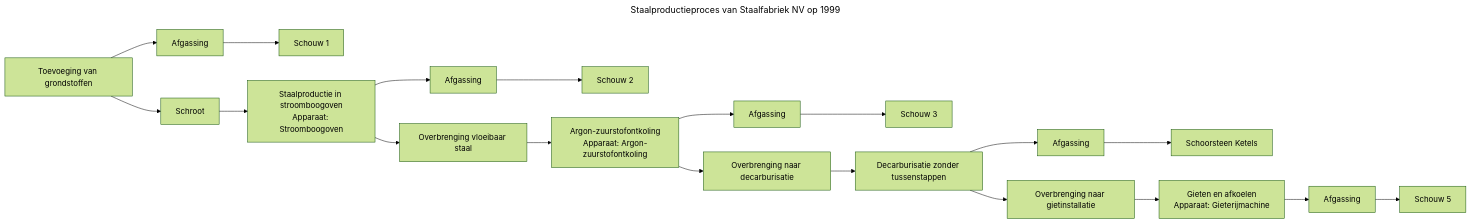
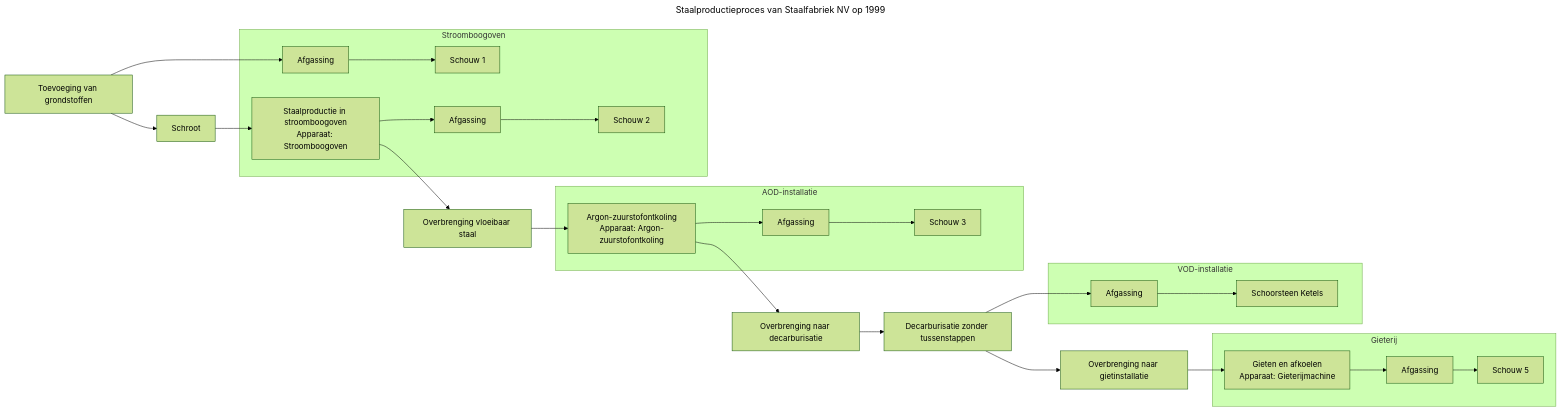
One commit to milieuinfo/RIE-IEPR changed the diagram in documentatie/bin/activiteit-visualisatie/diagrams/0400123123_6851234567_ACTIVITEIT_1_VERSIE1999_proces_0400123123_6851234567_ACTIVITEIT_1_VERSIE1999.mmd. Above: the diagram before and after it, drawn with Mermaid (forest theme). The commit also changed 33 other files, not shown here.

```diff
--- a/documentatie/bin/activiteit-visualisatie/diagrams/0400123123_6851234567_ACTIVITEIT_1_VERSIE1999_proces_0400123123_6851234567_ACTIVITEIT_1_VERSIE1999.mmd
+++ b/documentatie/bin/activiteit-visualisatie/diagrams/0400123123_6851234567_ACTIVITEIT_1_VERSIE1999_proces_0400123123_6851234567_ACTIVITEIT_1_VERSIE1999.mmd
@@ -1,44 +1,52 @@
 ---
 title: "Staalproductieproces van Staalfabriek NV op 1999"
 ---
 flowchart LR
-proces_0400123123_6851234567_ACTIVITEIT_1_0001["Toevoeging van grondstoffen"]
+subgraph installatie_0400123123_6851234567_0000001["Stroomboogoven"]
 emissiepunt_0400123123_6851234567_0000001["Schouw 1"]
 proces_0400123123_6851234567_ACTIVITEIT_1_0002["Afgassing"]
-proces_0400123123_6851234567_ACTIVITEIT_1_0003["Schroot"]
+emissiepunt_0400123123_6851234567_0000002["Schouw 2"]
+proces_0400123123_6851234567_ACTIVITEIT_1_0005["Afgassing"]
 proces_0400123123_6851234567_ACTIVITEIT_1_0004["Staalproductie in stroomboogoven
 Apparaat: Stroomboogoven"]
-emissiepunt_0400123123_6851234567_0000002["Schouw 2"]
-proces_0400123123_6851234567_ACTIVITEIT_1_0005["Afgassing"]
-proces_0400123123_6851234567_ACTIVITEIT_1_0006["Overbrenging vloeibaar staal"]
+end
+subgraph installatie_0400123123_6851234567_0000002["Gieterij"]
+emissiepunt_0400123123_6851234567_0000005["Schouw 5"]
+proces_0400123123_6851234567_ACTIVITEIT_1_0012["Afgassing"]
+proces_0400123123_6851234567_ACTIVITEIT_1_0011["Gieten en afkoelen
+Apparaat: Gieterijmachine"]
+end
+subgraph installatie_0400123123_6851234567_0000003["VOD-installatie"]
+emissiepunt_0400123123_6851234567_0000004["Schoorsteen Ketels"]
+proces_0400123123_6851234567_ACTIVITEIT_1_0010_VERSIE1999["Afgassing"]
+end
+subgraph installatie_0400123123_6851234567_0000004["AOD-installatie"]
+emissiepunt_0400123123_6851234567_0000003["Schouw 3"]
+proces_0400123123_6851234567_ACTIVITEIT_1_0008["Afgassing"]
 proces_0400123123_6851234567_ACTIVITEIT_1_0007["Argon-zuurstofontkoling
 Apparaat: Argon-zuurstofontkoling"]
-emissiepunt_0400123123_6851234567_0000003["Schouw 3"]
-proces_0400123123_6851234567_ACTIVITEIT_1_0008["Afgassing"]
+end
+proces_0400123123_6851234567_ACTIVITEIT_1_0001["Toevoeging van grondstoffen"]
+proces_0400123123_6851234567_ACTIVITEIT_1_0003["Schroot"]
+proces_0400123123_6851234567_ACTIVITEIT_1_0006["Overbrenging vloeibaar staal"]
 proces_0400123123_6851234567_ACTIVITEIT_1_0008b["Overbrenging naar decarburisatie"]
 proces_0400123123_6851234567_ACTIVITEIT_1_0009_VERSIE1999["Decarburisatie zonder tussenstappen"]
-emissiepunt_0400123123_6851234567_0000004["Schoorsteen Ketels"]
-proces_0400123123_6851234567_ACTIVITEIT_1_0010_VERSIE1999["Afgassing"]
 proces_0400123123_6851234567_ACTIVITEIT_1_0010["Overbrenging naar gietinstallatie"]
-proces_0400123123_6851234567_ACTIVITEIT_1_0011["Gieten en afkoelen
-Apparaat: Gieterijmachine"]
-emissiepunt_0400123123_6851234567_0000005["Schouw 5"]
-proces_0400123123_6851234567_ACTIVITEIT_1_0012["Afgassing"]
 proces_0400123123_6851234567_ACTIVITEIT_1_0002 --> emissiepunt_0400123123_6851234567_0000001
 proces_0400123123_6851234567_ACTIVITEIT_1_0005 --> emissiepunt_0400123123_6851234567_0000002
 proces_0400123123_6851234567_ACTIVITEIT_1_0008 --> emissiepunt_0400123123_6851234567_0000003
 proces_0400123123_6851234567_ACTIVITEIT_1_0010_VERSIE1999 --> emissiepunt_0400123123_6851234567_0000004
 proces_0400123123_6851234567_ACTIVITEIT_1_0012 --> emissiepunt_0400123123_6851234567_0000005
 proces_0400123123_6851234567_ACTIVITEIT_1_0001 --> proces_0400123123_6851234567_ACTIVITEIT_1_0002
 proces_0400123123_6851234567_ACTIVITEIT_1_0001 --> proces_0400123123_6851234567_ACTIVITEIT_1_0003
 proces_0400123123_6851234567_ACTIVITEIT_1_0003 --> proces_0400123123_6851234567_ACTIVITEIT_1_0004
 proces_0400123123_6851234567_ACTIVITEIT_1_0004 --> proces_0400123123_6851234567_ACTIVITEIT_1_0005
 proces_0400123123_6851234567_ACTIVITEIT_1_0004 --> proces_0400123123_6851234567_ACTIVITEIT_1_0006
 proces_0400123123_6851234567_ACTIVITEIT_1_0006 --> proces_0400123123_6851234567_ACTIVITEIT_1_0007
 proces_0400123123_6851234567_ACTIVITEIT_1_0007 --> proces_0400123123_6851234567_ACTIVITEIT_1_0008
 proces_0400123123_6851234567_ACTIVITEIT_1_0007 --> proces_0400123123_6851234567_ACTIVITEIT_1_0008b
 proces_0400123123_6851234567_ACTIVITEIT_1_0008b --> proces_0400123123_6851234567_ACTIVITEIT_1_0009_VERSIE1999
 proces_0400123123_6851234567_ACTIVITEIT_1_0009_VERSIE1999 --> proces_0400123123_6851234567_ACTIVITEIT_1_0010_VERSIE1999
 proces_0400123123_6851234567_ACTIVITEIT_1_0009_VERSIE1999 --> proces_0400123123_6851234567_ACTIVITEIT_1_0010
 proces_0400123123_6851234567_ACTIVITEIT_1_0010 --> proces_0400123123_6851234567_ACTIVITEIT_1_0011
 proces_0400123123_6851234567_ACTIVITEIT_1_0011 --> proces_0400123123_6851234567_ACTIVITEIT_1_0012
```
